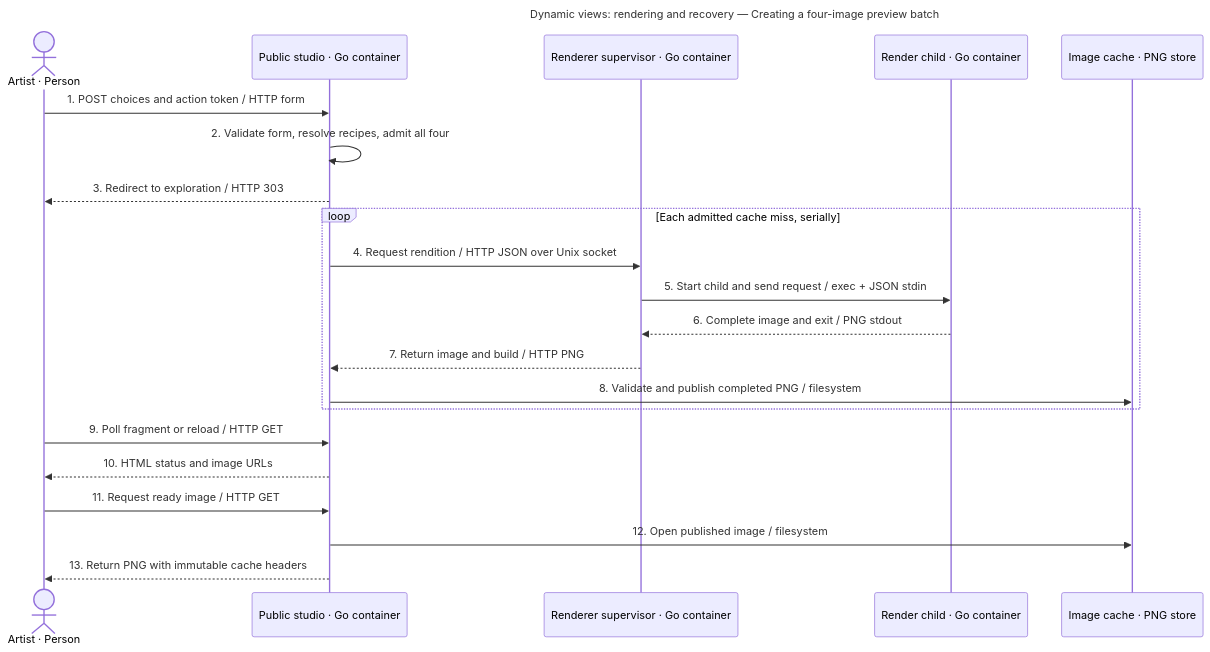
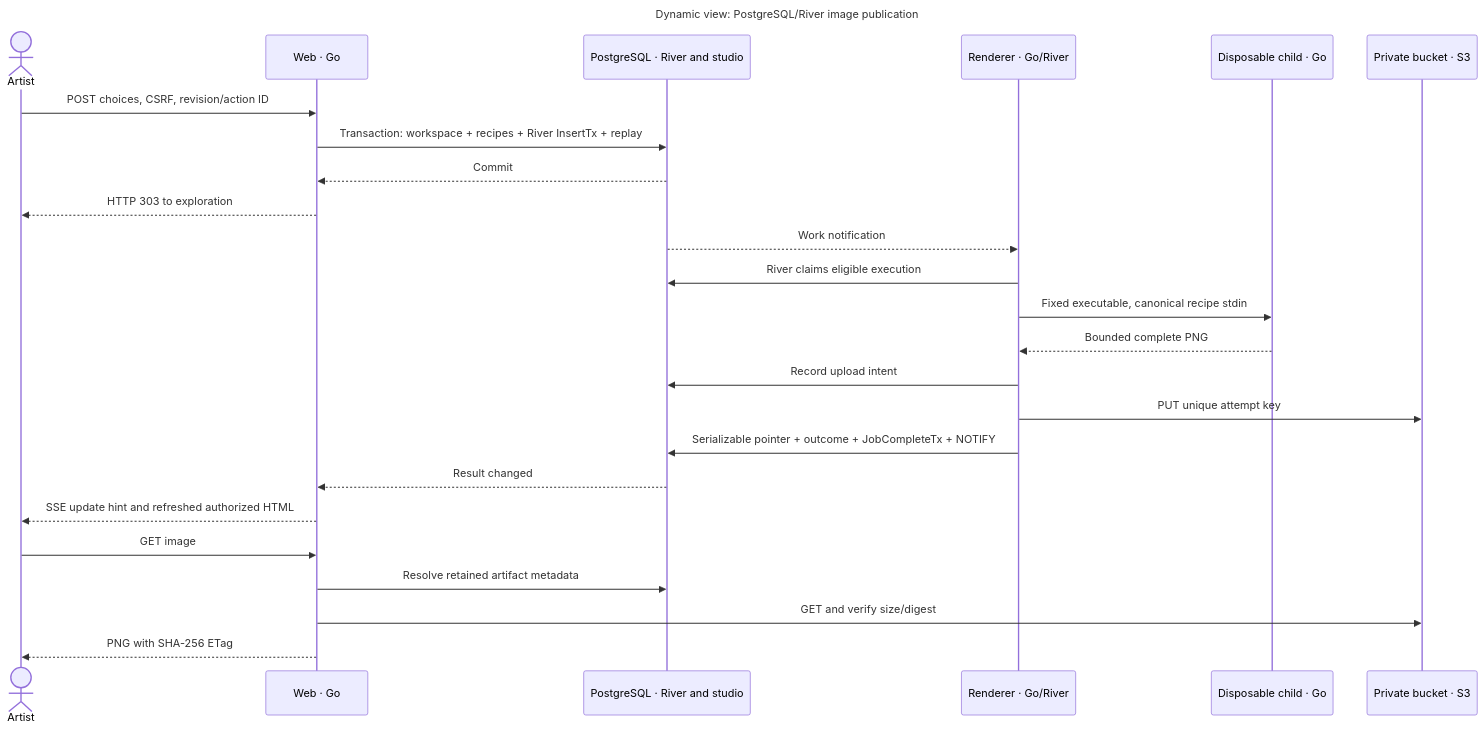
Before and after one commit to jaminalder/go-graphics: the diagram in docs/architecture/runtime.md, drawn with Mermaid. The commit also changed other lines of this file and 91 other files, not shown here.

Commit message:
Add PostgreSQL persistence, River rendering and S3 image storage

````diff
--- a/docs/architecture/runtime.md
+++ b/docs/architecture/runtime.md
@@ -7,26 +5,29 @@
 ```mermaid
 ---
-title: "Dynamic views: rendering and recovery — Creating a four-image preview batch"
+title: "Dynamic view: PostgreSQL/River image publication"
 ---
 sequenceDiagram
-    actor Artist as Artist · Person
-    participant Web as Public studio · Go container
-    participant Supervisor as Renderer supervisor · Go container
-    participant Child as Render child · Go container
-    participant Cache as Image cache · PNG store
-    Artist->>Web: 1. POST choices and action token / HTTP form
-    Web->>Web: 2. Validate form, resolve recipes, admit all four
-    Web-->>Artist: 3. Redirect to exploration / HTTP 303
-    loop Each admitted cache miss, serially
-        Web->>Supervisor: 4. Request rendition / HTTP JSON over Unix socket
-        Supervisor->>Child: 5. Start child and send request / exec + JSON stdin
-        Child-->>Supervisor: 6. Complete image and exit / PNG stdout
-        Supervisor-->>Web: 7. Return image and build / HTTP PNG
-        Web->>Cache: 8. Validate and publish completed PNG / filesystem
-    end
-    Artist->>Web: 9. Poll fragment or reload / HTTP GET
-    Web-->>Artist: 10. HTML status and image URLs
-    Artist->>Web: 11. Request ready image / HTTP GET
-    Web->>Cache: 12. Open published image / filesystem
-    Web-->>Artist: 13. Return PNG with immutable cache headers
+    actor Artist
+    participant Web as Web · Go
+    participant DB as PostgreSQL · River and studio
+    participant Renderer as Renderer · Go/River
+    participant Child as Disposable child · Go
+    participant Bucket as Private bucket · S3
+    Artist->>Web: POST choices, CSRF, revision/action ID
+    Web->>DB: Transaction: workspace + recipes + River InsertTx + replay
+    DB-->>Web: Commit
+    Web-->>Artist: HTTP 303 to exploration
+    DB-->>Renderer: Work notification
+    Renderer->>DB: River claims eligible execution
+    Renderer->>Child: Fixed executable, canonical recipe stdin
+    Child-->>Renderer: Bounded complete PNG
+    Renderer->>DB: Record upload intent
+    Renderer->>Bucket: PUT unique attempt key
+    Renderer->>DB: Serializable pointer + outcome + JobCompleteTx + NOTIFY
+    DB-->>Web: Result changed
+    Web-->>Artist: SSE update hint and refreshed authorized HTML
+    Artist->>Web: GET image
+    Web->>DB: Resolve retained artifact metadata
+    Web->>Bucket: GET and verify size/digest
+    Web-->>Artist: PNG with SHA-256 ETag
 ```
````
